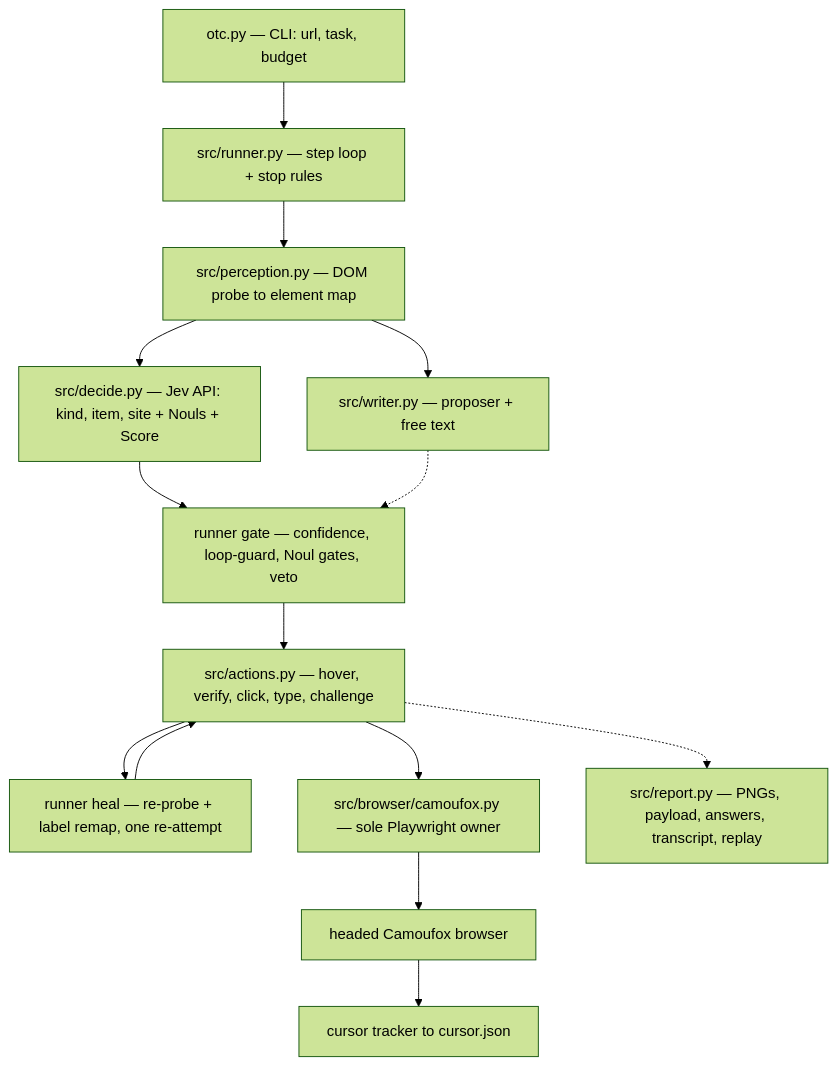
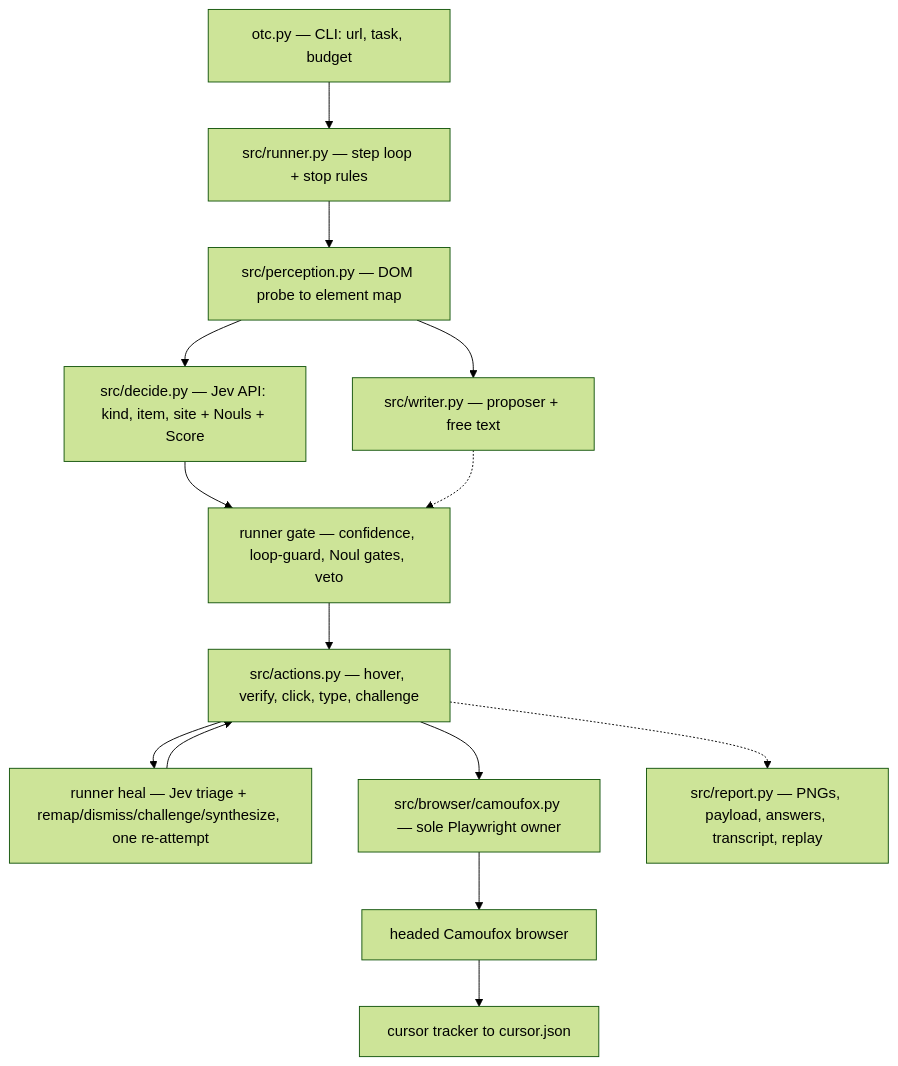
The first of 2 diagrams in README.md (PRACE1/open-typesafe-camoufox), drawn with Mermaid (forest theme) before and after one commit. The commit also changed other lines of this file and 27 other files, not shown here.

First line of the commit message:
feat: ref-based non-mutating probe with durable selectors and Jev heal triage

````diff
--- a/README.md
+++ b/README.md
@@ -111,28 +112,28 @@
 ```mermaid
 flowchart TB
     CLI["otc.py — CLI: url, task, budget"]
     RUNNER["src/runner.py — step loop + stop rules"]
     PERC["src/perception.py — DOM probe to element map"]
     DECIDE["src/decide.py — Jev API: kind, item, site + Nouls + Score"]
     WRITER["src/writer.py — proposer + free text"]
     GATE["runner gate — confidence, loop-guard, Noul gates, veto"]
     ACT["src/actions.py — hover, verify, click, type, challenge"]
-    HEAL["runner heal — re-probe + label remap, one re-attempt"]
+    HEAL["runner heal — Jev triage + remap/dismiss/challenge/synthesize, one re-attempt"]
     PLAT["src/browser/camoufox.py — sole Playwright owner"]
     FOX["headed Camoufox browser"]
     TRACK["cursor tracker to cursor.json"]
     REP["src/report.py — PNGs, payload, answers, transcript, replay"]
     CLI --> RUNNER
     RUNNER --> PERC
     PERC --> DECIDE
     PERC --> WRITER
     DECIDE --> GATE
     WRITER -.-> GATE
     GATE --> ACT
     ACT --> HEAL
     HEAL --> ACT
     ACT --> PLAT
     PLAT --> FOX
     FOX --> TRACK
     ACT -.-> REP
 ```
````
